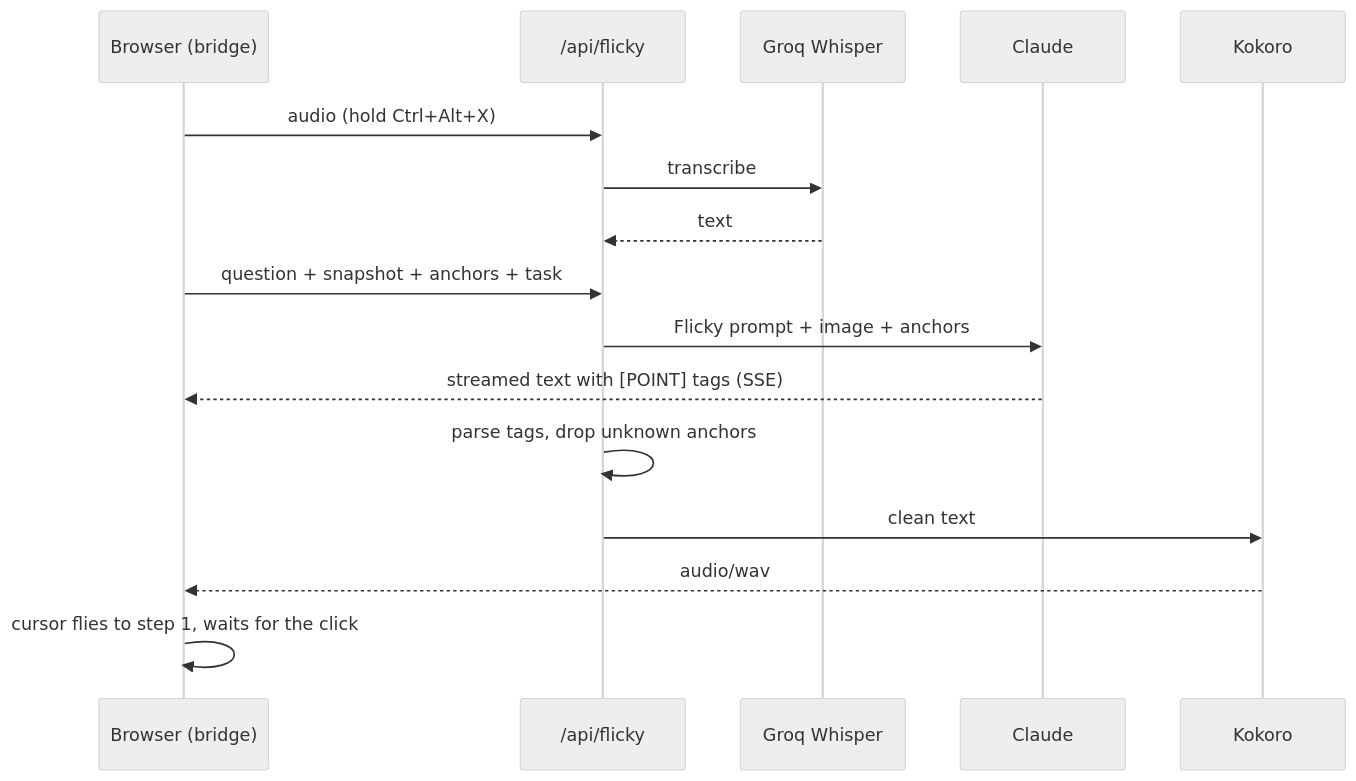
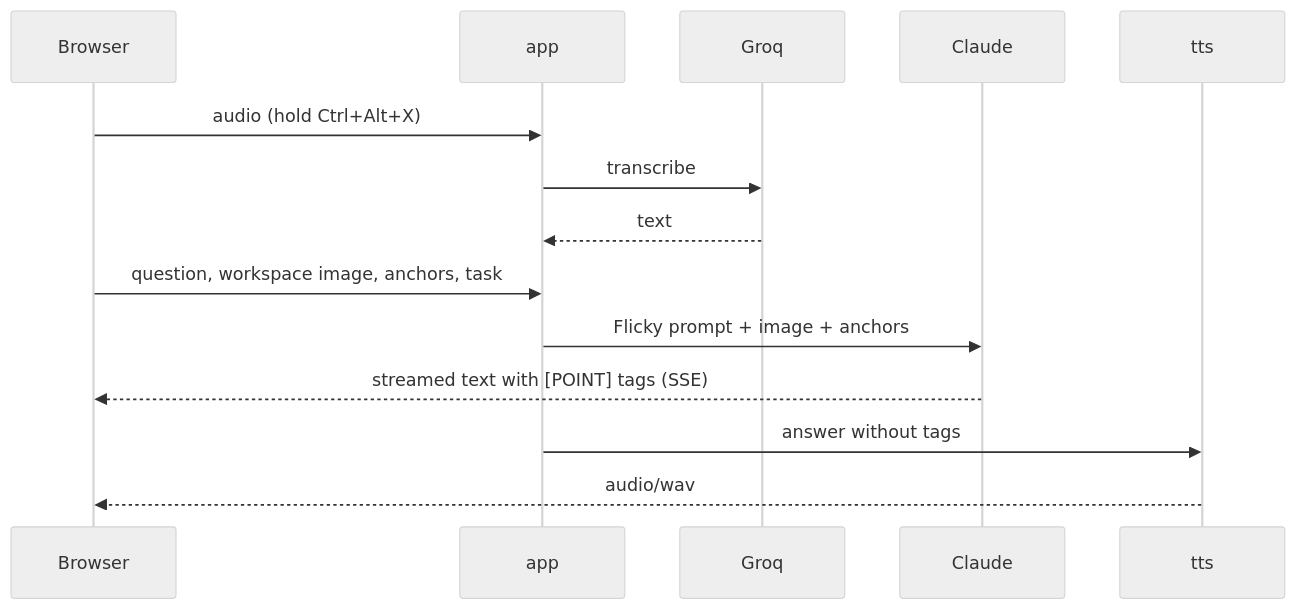
Before and after one commit to Zimran-Business-Cup/1: the second of 2 diagrams in docs/ARCHITECTURE.md, drawn with Mermaid (neutral theme). The commit also changed other lines of this file and 56 other files, not shown here.

First line of the commit message:
Answer Flicky questions with the model and add voice (#8)

````diff
--- a/docs/ARCHITECTURE.md
+++ b/docs/ARCHITECTURE.md
@@ -150,18 +56,16 @@
 ```mermaid
 sequenceDiagram
-  participant B as Browser (bridge)
-  participant A as /api/flicky
-  participant G as Groq Whisper
+  participant B as Browser
+  participant A as app
+  participant G as Groq
   participant C as Claude
-  participant K as Kokoro
+  participant K as tts
   B->>A: audio (hold Ctrl+Alt+X)
   A->>G: transcribe
   G-->>A: text
-  B->>A: question + snapshot + anchors + task
+  B->>A: question, workspace image, anchors, task
   A->>C: Flicky prompt + image + anchors
   C-->>B: streamed text with [POINT] tags (SSE)
-  A->>A: parse tags, drop unknown anchors
-  A->>K: clean text
+  A->>K: answer without tags
   K-->>B: audio/wav
-  B->>B: cursor flies to step 1, waits for the click
 ```
````
